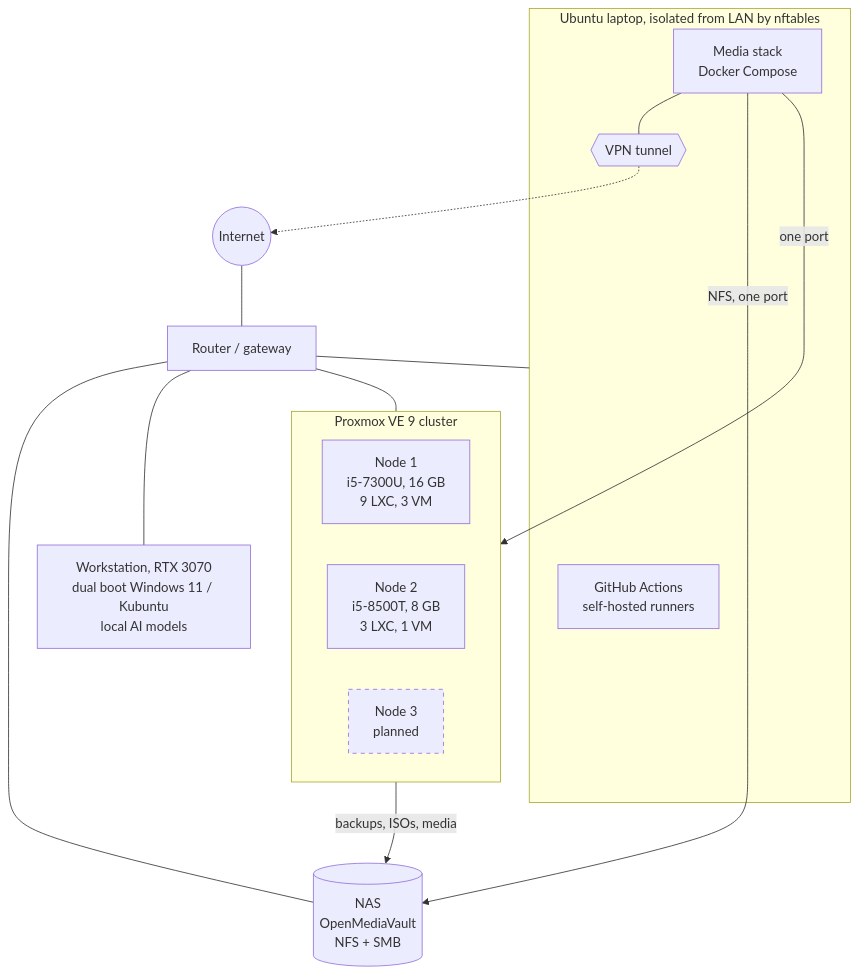
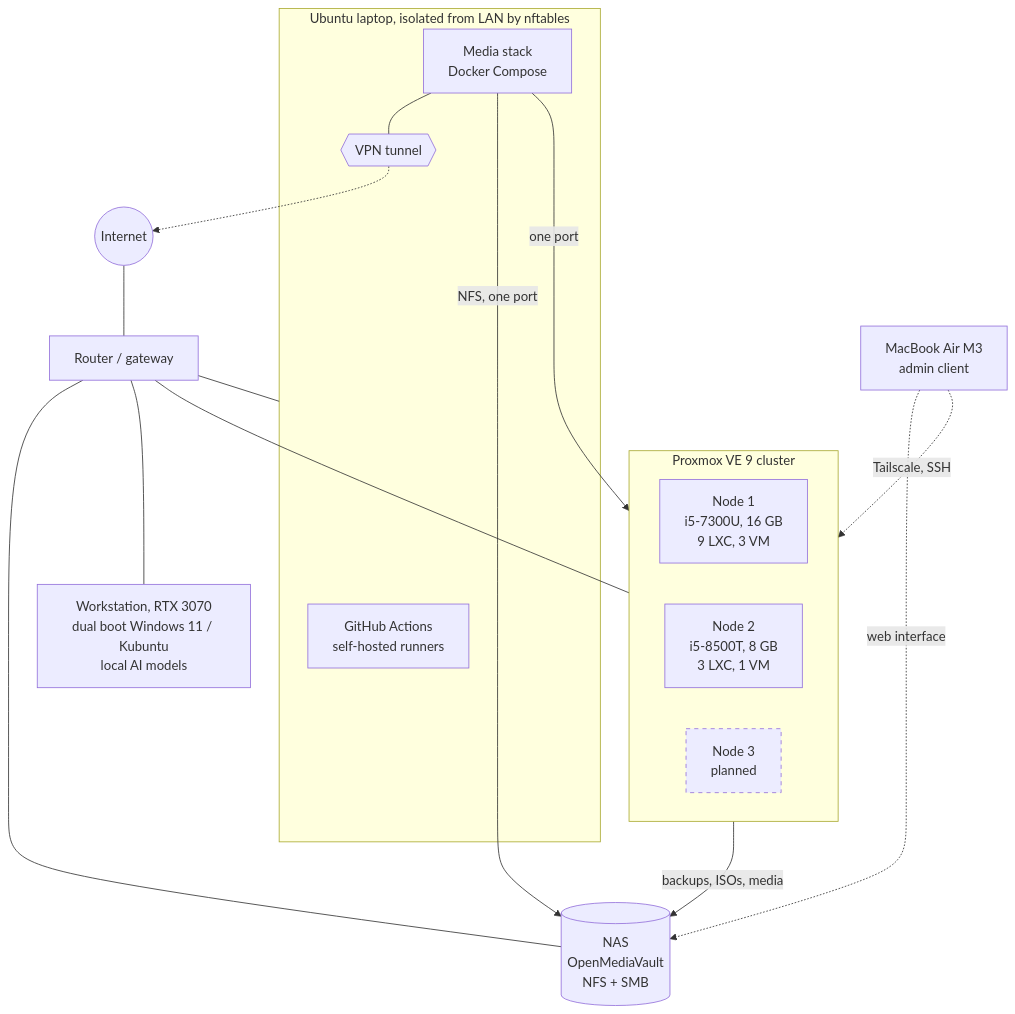
One commit to EERON36/homelab-infrastructure changed the diagram in README.md. Above: the diagram before and after it, drawn with Mermaid. The commit also changed other lines of this file, not shown here.

Commit message:
Describe the MacBook as the admin client and add it to the map

````diff
--- a/README.md
+++ b/README.md
@@ -11,36 +11,40 @@
 ```mermaid
 flowchart TB
     internet((Internet))
     router[Router / gateway]
     internet --- router
 
     subgraph cluster[Proxmox VE 9 cluster]
         direction LR
         node1[Node 1<br/>i5-7300U, 16 GB<br/>9 LXC, 3 VM]
         node2[Node 2<br/>i5-8500T, 8 GB<br/>3 LXC, 1 VM]
         node3[Node 3<br/>planned]:::planned
     end
 
     nas[(NAS<br/>OpenMediaVault<br/>NFS + SMB)]
 
     subgraph laptop[Ubuntu laptop, isolated from LAN by nftables]
         runners[GitHub Actions<br/>self-hosted runners]
         media[Media stack<br/>Docker Compose]
         vpn{{VPN tunnel}}
         media --- vpn
     end
 
     ws[Workstation, RTX 3070<br/>dual boot Windows 11 / Kubuntu<br/>local AI models]
 
+    mac[MacBook Air M3<br/>admin client]
+
     router --- cluster
     router --- nas
     router --- laptop
     router --- ws
+    mac -. Tailscale, SSH .-> cluster
+    mac -. web interface .-> nas
 
     cluster -- backups, ISOs, media --> nas
     media -- NFS, one port --> nas
     media -- one port --> node2
     vpn -.-> internet
 
     classDef planned stroke-dasharray: 5 5
 ```
````
